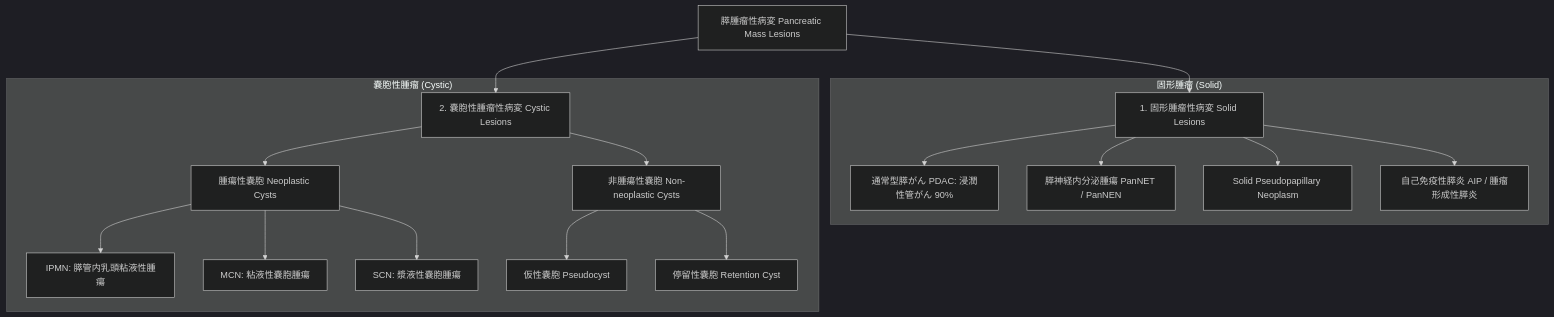
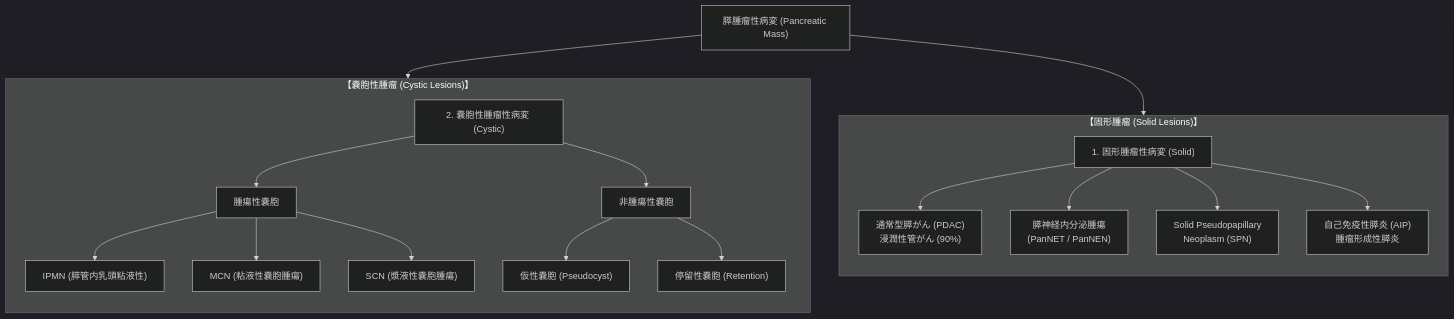
One commit to hiro-git-create/fukubu-echo changed the diagram in 腹部超音波検査_教科書/03_疾患別超音波所見/膵臓_膵腫瘤性病変_固形および嚢胞性分類.md. Above: the diagram before and after it, drawn with Mermaid (dark theme). The commit also changed 1 other file, not shown here.

Commit message:
Optimize Mermaid diagram to a compact, vertically aligned layout (direction TB + br linebreaks)

````diff
--- a/腹部超音波検査_教科書/03_疾患別超音波所見/膵臓_膵腫瘤性病変_固形および嚢胞性分類.md
+++ b/腹部超音波検査_教科書/03_疾患別超音波所見/膵臓_膵腫瘤性病変_固形および嚢胞性分類.md
@@ -10,24 +10,28 @@
 ```mermaid
 graph TD
-    PancreasMass["膵腫瘤性病変 Pancreatic Mass Lesions"] --> Solid["1. 固形腫瘤性病変 Solid Lesions"]
-    PancreasMass --> Cystic["2. 嚢胞性腫瘤性病変 Cystic Lesions"]
+    PancreasMass["膵腫瘤性病変 (Pancreatic Mass)"]
+    
+    PancreasMass --> Solid["1. 固形腫瘤性病変 (Solid)"]
+    PancreasMass --> Cystic["2. 嚢胞性腫瘤性病変 (Cystic)"]
 
-    subgraph SubSolid ["固形腫瘤 (Solid)"]
-        Solid --> PDAC["通常型膵がん PDAC: 浸潤性管がん 90%"]
-        Solid --> NET["膵神経内分泌腫瘍 PanNET / PanNEN"]
-        Solid --> SPN["Solid Pseudopapillary Neoplasm"]
-        Solid --> AIP["自己免疫性膵炎 AIP / 腫瘤形成性膵炎"]
+    subgraph SubSolid ["【固形腫瘤 (Solid Lesions)】"]
+        direction TB
+        Solid --> PDAC["通常型膵がん (PDAC)<br>浸潤性管がん (90%)"]
+        Solid --> NET["膵神経内分泌腫瘍<br>(PanNET / PanNEN)"]
+        Solid --> SPN["Solid Pseudopapillary<br>Neoplasm (SPN)"]
+        Solid --> AIP["自己免疫性膵炎 (AIP)<br>腫瘤形成性膵炎"]
     end
 
-    subgraph SubCystic ["嚢胞性腫瘤 (Cystic)"]
-        Cystic --> Tumorous["腫瘍性嚢胞 Neoplastic Cysts"]
-        Cystic --> NonTumorous["非腫瘍性嚢胞 Non-neoplastic Cysts"]
+    subgraph SubCystic ["【嚢胞性腫瘤 (Cystic Lesions)】"]
+        direction TB
+        Cystic --> Tumorous["腫瘍性嚢胞"]
+        Cystic --> NonTumorous["非腫瘍性嚢胞"]
         
-        Tumorous --> IPMN["IPMN: 膵管内乳頭粘液性腫瘍"]
-        Tumorous --> MCN["MCN: 粘液性嚢胞腫瘍"]
-        Tumorous --> SCN["SCN: 漿液性嚢胞腫瘍"]
+        Tumorous --> IPMN["IPMN (膵管内乳頭粘液性)"]
+        Tumorous --> MCN["MCN (粘液性嚢胞腫瘍)"]
+        Tumorous --> SCN["SCN (漿液性嚢胞腫瘍)"]
         
-        NonTumorous --> Pseudocyst["仮性嚢胞 Pseudocyst"]
-        NonTumorous --> Retention["停留性嚢胞 Retention Cyst"]
+        NonTumorous --> Pseudocyst["仮性嚢胞 (Pseudocyst)"]
+        NonTumorous --> Retention["停留性嚢胞 (Retention)"]
     end
 ```
````
